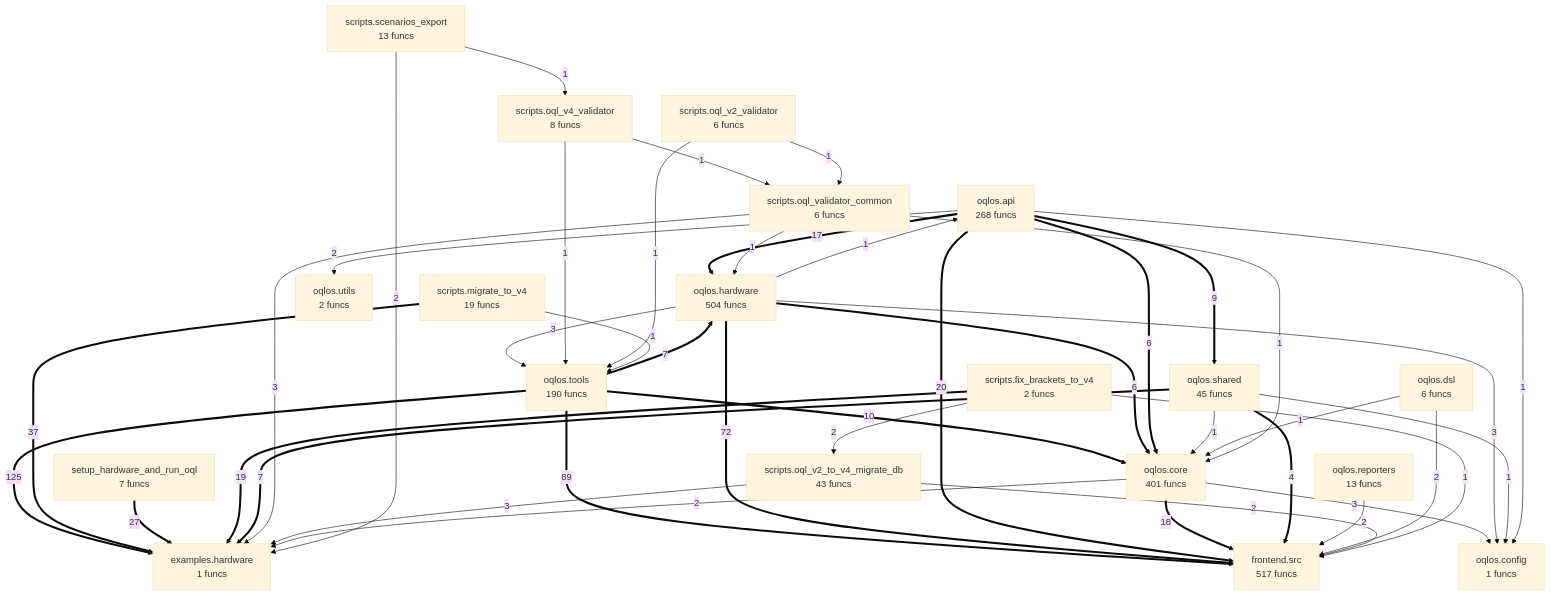
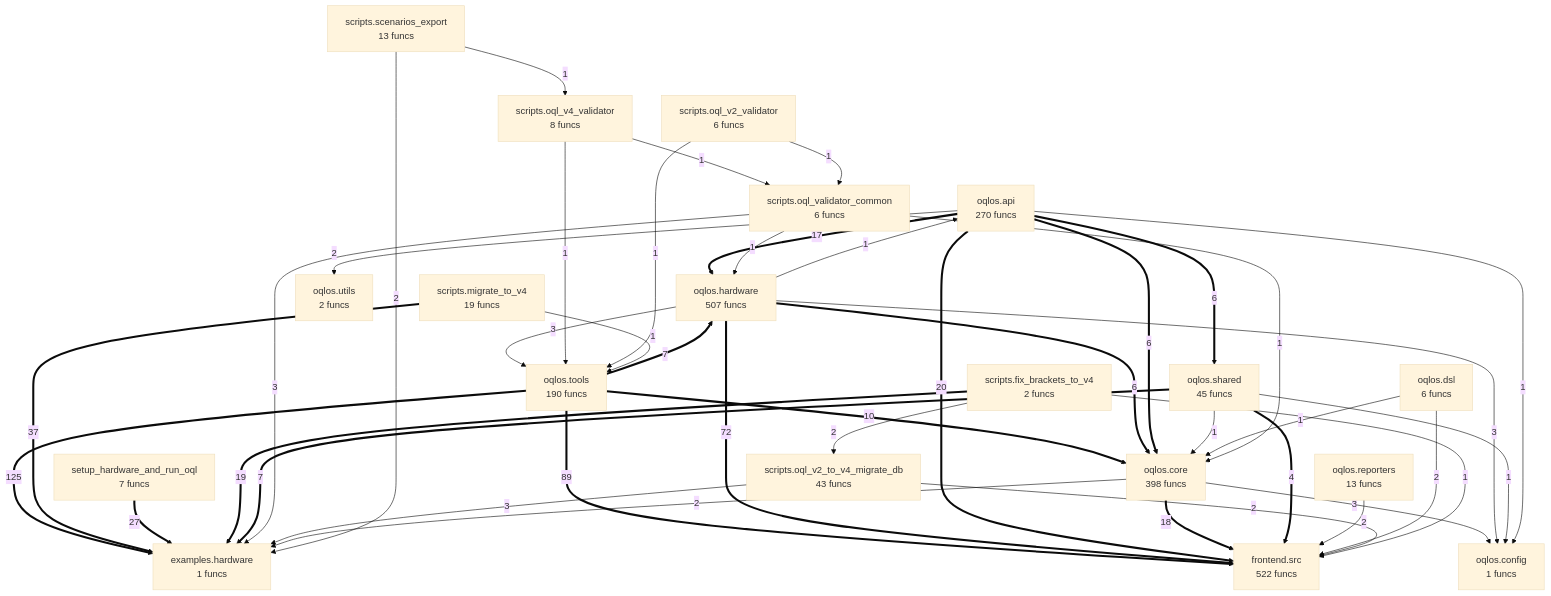
One commit to oqlos/oqlos changed the diagram in project/compact_flow.mmd. Above: the diagram before and after it, drawn with Mermaid (base theme). The commit also changed 49 other files, not shown here.

```diff
--- a/project/compact_flow.mmd
+++ b/project/compact_flow.mmd
@@ -1,63 +1,63 @@
 flowchart TD
-%% generated in 0.07s
+%% generated in 0.04s
     examples__hardware["examples.hardware<br/>1 funcs"]
-    frontend__src["frontend.src<br/>517 funcs"]
-    oqlos__api["oqlos.api<br/>268 funcs"]
+    frontend__src["frontend.src<br/>522 funcs"]
+    oqlos__api["oqlos.api<br/>270 funcs"]
     oqlos__config["oqlos.config<br/>1 funcs"]
-    oqlos__core["oqlos.core<br/>401 funcs"]
+    oqlos__core["oqlos.core<br/>398 funcs"]
     oqlos__dsl["oqlos.dsl<br/>6 funcs"]
-    oqlos__hardware["oqlos.hardware<br/>504 funcs"]
+    oqlos__hardware["oqlos.hardware<br/>507 funcs"]
     oqlos__reporters["oqlos.reporters<br/>13 funcs"]
     oqlos__shared["oqlos.shared<br/>45 funcs"]
     oqlos__tools["oqlos.tools<br/>190 funcs"]
     oqlos__utils["oqlos.utils<br/>2 funcs"]
     scripts__fix_brackets_to_v4["scripts.fix_brackets_to_v4<br/>2 funcs"]
     scripts__migrate_to_v4["scripts.migrate_to_v4<br/>19 funcs"]
     scripts__oql_v2_to_v4_migrate_db["scripts.oql_v2_to_v4_migrate_db<br/>43 funcs"]
     scripts__oql_v2_validator["scripts.oql_v2_validator<br/>6 funcs"]
     scripts__oql_v4_validator["scripts.oql_v4_validator<br/>8 funcs"]
     scripts__oql_validator_common["scripts.oql_validator_common<br/>6 funcs"]
     scripts__scenarios_export["scripts.scenarios_export<br/>13 funcs"]
     setup_hardware_and_run_oql["setup_hardware_and_run_oql<br/>7 funcs"]
     oqlos__tools ==>|125| examples__hardware
     oqlos__tools ==>|89| frontend__src
     oqlos__hardware ==>|72| frontend__src
     scripts__migrate_to_v4 ==>|37| examples__hardware
     setup_hardware_and_run_oql ==>|27| examples__hardware
     oqlos__api ==>|20| frontend__src
     scripts__fix_brackets_to_v4 ==>|19| examples__hardware
     oqlos__core ==>|18| frontend__src
     oqlos__api ==>|17| oqlos__hardware
     oqlos__tools ==>|10| oqlos__core
-    oqlos__api ==>|9| oqlos__shared
     oqlos__tools ==>|7| oqlos__hardware
     oqlos__shared ==>|7| examples__hardware
     oqlos__hardware ==>|6| oqlos__core
     oqlos__api ==>|6| oqlos__core
+    oqlos__api ==>|6| oqlos__shared
     oqlos__shared ==>|4| frontend__src
     oqlos__core -->|3| oqlos__config
     oqlos__hardware -->|3| oqlos__config
     oqlos__hardware -->|3| oqlos__tools
     scripts__oql_validator_common -->|3| examples__hardware
     scripts__oql_v2_to_v4_migrate_db -->|3| examples__hardware
     oqlos__core -->|2| examples__hardware
     oqlos__reporters -->|2| frontend__src
-    oqlos__api -->|2| oqlos__utils
     oqlos__dsl -->|2| frontend__src
     scripts__fix_brackets_to_v4 -->|2| scripts__oql_v2_to_v4_migrate_db
     scripts__oql_v2_to_v4_migrate_db -->|2| frontend__src
     scripts__scenarios_export -->|2| examples__hardware
+    oqlos__api -->|2| oqlos__utils
+    oqlos__hardware -->|1| oqlos__api
     oqlos__shared -->|1| oqlos__core
     oqlos__shared -->|1| oqlos__config
-    oqlos__api -->|1| oqlos__config
     oqlos__dsl -->|1| oqlos__core
     scripts__oql_validator_common -->|1| oqlos__core
     scripts__oql_validator_common -->|1| oqlos__hardware
     scripts__oql_v4_validator -->|1| oqlos__tools
     scripts__oql_v4_validator -->|1| scripts__oql_validator_common
     scripts__fix_brackets_to_v4 -->|1| frontend__src
     scripts__oql_v2_validator -->|1| oqlos__tools
     scripts__oql_v2_validator -->|1| scripts__oql_validator_common
     scripts__migrate_to_v4 -->|1| oqlos__tools
     scripts__scenarios_export -->|1| scripts__oql_v4_validator
-    oqlos__hardware -->|1| oqlos__api
+    oqlos__api -->|1| oqlos__config
```
